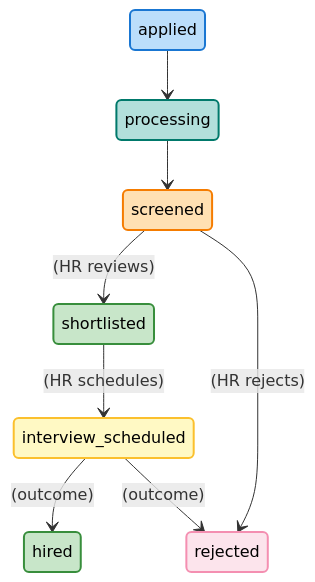
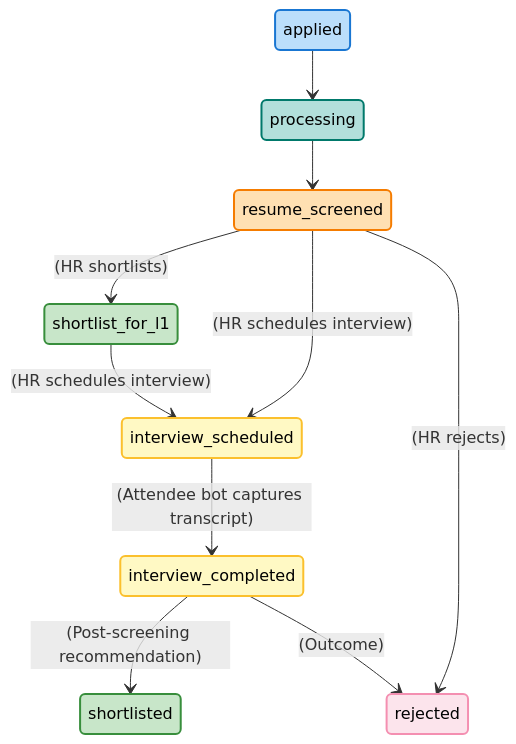
The fifth of 6 diagrams in docs/architecture/SYSTEM_DESIGN.md (joshsoftware/EZScreen), drawn with Mermaid before and after one commit. The commit also changed other lines of this file, not shown here.

````diff
--- a/docs/architecture/SYSTEM_DESIGN.md
+++ b/docs/architecture/SYSTEM_DESIGN.md
@@ -446,27 +441,30 @@
 ```mermaid
 stateDiagram-v2
     applied --> processing
-    processing --> screened
-    screened --> shortlisted : (HR reviews)
-    screened --> rejected : (HR rejects)
-    shortlisted --> interview_scheduled : (HR schedules)
-    interview_scheduled --> hired : (outcome)
-    interview_scheduled --> rejected : (outcome)
+    processing --> resume_screened
+    resume_screened --> shortlist_for_l1 : (HR shortlists)
+    resume_screened --> rejected : (HR rejects)
+    resume_screened --> interview_scheduled : (HR schedules interview)
+    shortlist_for_l1 --> interview_scheduled : (HR schedules interview)
+    interview_scheduled --> interview_completed : (Attendee bot captures transcript)
+    interview_completed --> shortlisted : (Post-screening recommendation)
+    interview_completed --> rejected : (Outcome)
 
-    %% --- Class Definitions using the established palette ---
+    %% --- Class Definitions ---
     classDef frontend fill:#bbdefb,stroke:#1976d2,stroke-width:2px,color:#000
     classDef async fill:#b2dfdb,stroke:#00796b,stroke-width:2px,color:#000
     classDef apiNode fill:#ffe0b2,stroke:#f57c00,stroke-width:2px,color:#000
     classDef success fill:#c8e6c9,stroke:#388e3c,stroke-width:2px,color:#000
     classDef action fill:#fff9c4,stroke:#fbc02d,stroke-width:2px,color:#000
     classDef rejected fill:#fce4ec,stroke:#f48fb1,stroke-width:2px,color:#000
 
     %% --- Applying Classes to States ---
     class applied frontend
     class processing async
-    class screened apiNode
+    class resume_screened apiNode
+    class shortlist_for_l1 success
+    class interview_scheduled action
+    class interview_completed action
     class shortlisted success
-    class hired success
-    class interview_scheduled action
     class rejected rejected
 ```
````
